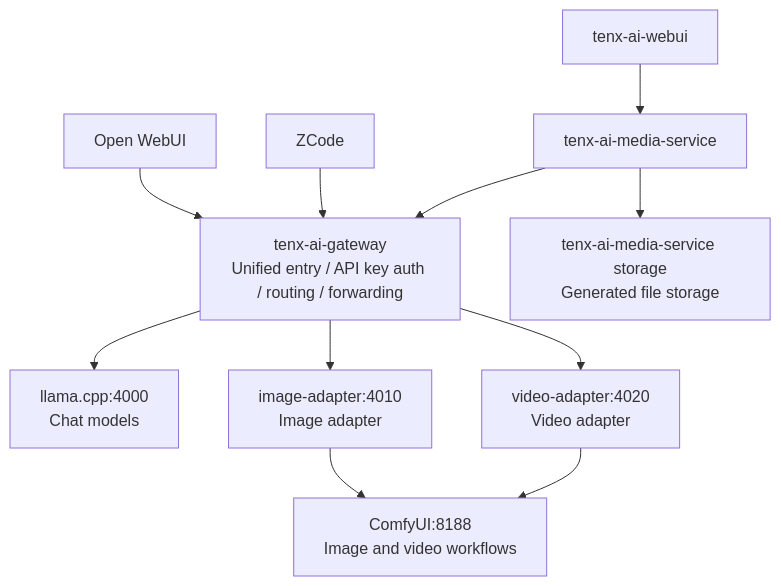
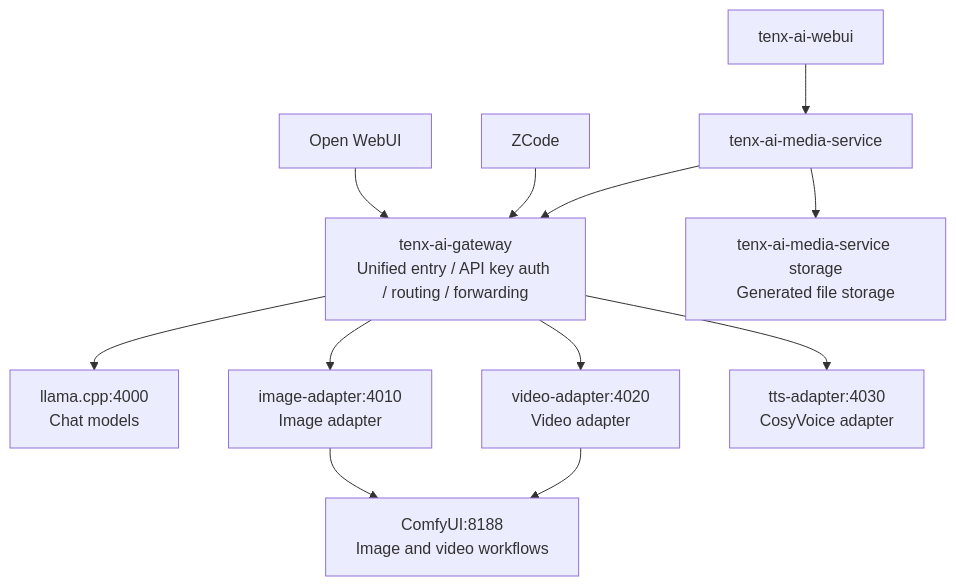
One commit to doudouli103-dot/tenx-ai-gateway changed the diagram in README.md. Above: the diagram before and after it, drawn with Mermaid. The commit also changed other lines of this file and 8 other files, not shown here.

````diff
--- a/README.md
+++ b/README.md
@@ -38,30 +40,32 @@
 ```mermaid
 flowchart TD
     A1[Open WebUI]
     A2[ZCode]
     A3[tenx-ai-media-service]
     A4[tenx-ai-webui]
 
     G[tenx-ai-gateway<br/>Unified entry / API key auth / routing / forwarding]
 
     T[llama.cpp:4000<br/>Chat models]
     IA[image-adapter:4010<br/>Image adapter]
     VA[video-adapter:4020<br/>Video adapter]
+    TA[tts-adapter:4030<br/>CosyVoice adapter]
 
     C[ComfyUI:8188<br/>Image and video workflows]
     S[tenx-ai-media-service storage<br/>Generated file storage]
 
     A1 --> G
     A2 --> G
     A4 --> A3
     A3 --> G
 
     G --> T
     G --> IA
     G --> VA
+    G --> TA
 
     IA --> C
     VA --> C
 
     A3 --> S
 ```
````
